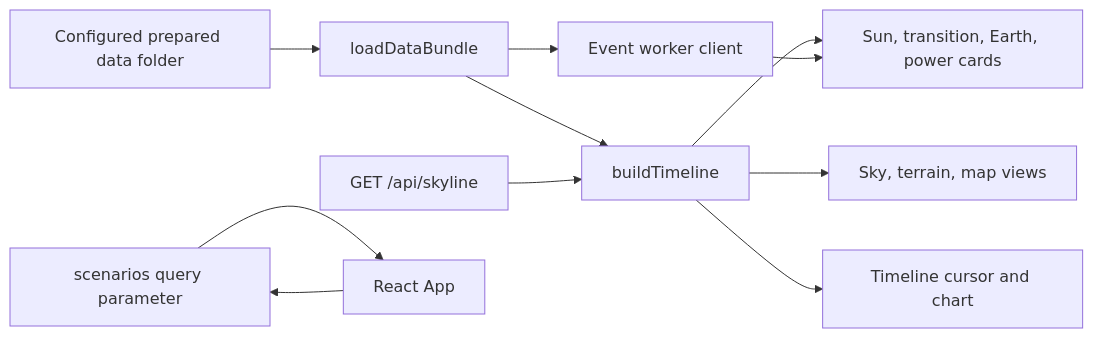
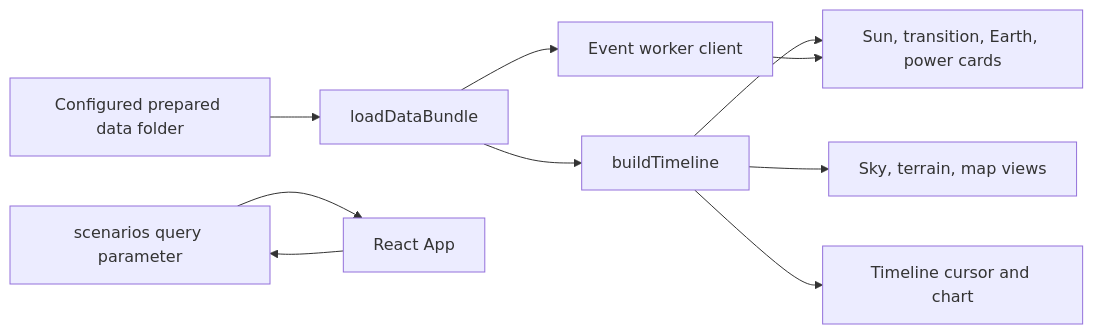
One commit to Yacin1102/Lunar-Landing-Site-Navigator changed the first of 2 diagrams in docs/WEB_ARCHITECTURE.md. Above: the diagram before and after it, drawn with Mermaid. The commit also changed other lines of this file and 33 other files, not shown here.

````diff
--- a/docs/WEB_ARCHITECTURE.md
+++ b/docs/WEB_ARCHITECTURE.md
@@ -17,13 +16,12 @@
 ```mermaid
 flowchart LR
   Files[Configured prepared data folder] --> Loader[loadDataBundle]
   Loader --> Model[buildTimeline]
   Model --> Cards[Sun, transition, Earth, power cards]
   Model --> Views[Sky, terrain, map views]
   Model --> Timeline[Timeline cursor and chart]
   Loader --> Worker[Event worker client]
   Worker --> Cards
-  API[GET /api/skyline] --> Model
   URL[scenarios query parameter] --> App[React App]
   App --> URL
 ```
````
